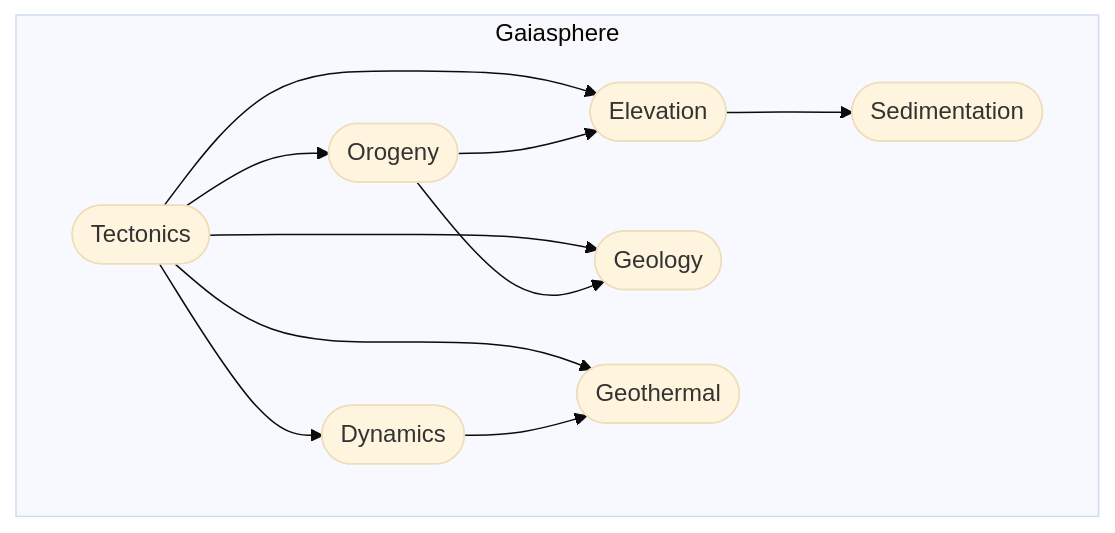
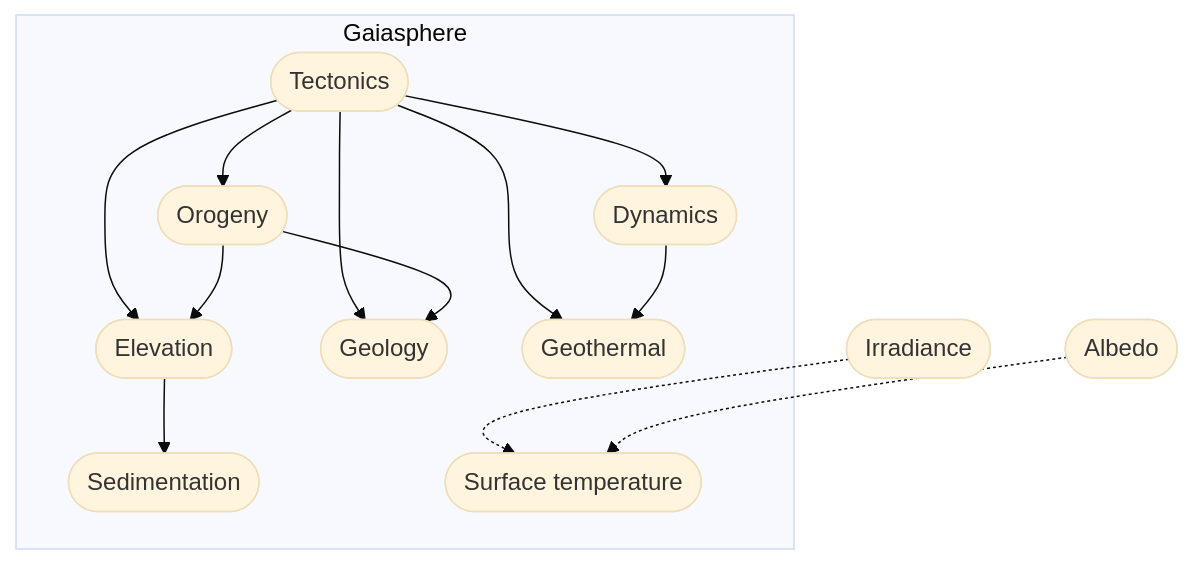
Before and after one commit to lagardej/mimameithr: the third of 8 diagrams in docs/concerns.adoc, drawn with Mermaid (base theme). The commit also changed other lines of this file, not shown here.

```diff
--- a/docs/concerns.adoc
+++ b/docs/concerns.adoc
@@ -190,23 +179,29 @@
 [mermaid]
 ....
 flowchart TB
     subgraph Gaiasphere
         Tectonics([Tectonics])
         Orogeny([Orogeny])
         Elevation([Elevation])
         Dynamics([Dynamics])
         Sedimentation([Sedimentation])
         Geology([Geology])
         Geothermal([Geothermal])
+        SurfaceTemperature([Surface temperature])
     end
+
+    Irradiance([Irradiance])
+    Albedo([Albedo])
 
     Tectonics --> Orogeny
     Tectonics --> Elevation
     Tectonics --> Dynamics
     Tectonics --> Geology
     Tectonics --> Geothermal
     Orogeny --> Elevation
     Orogeny --> Geology
     Dynamics --> Geothermal
     Elevation --> Sedimentation
+    Irradiance -.-> SurfaceTemperature
+    Albedo -.-> SurfaceTemperature
 ....
```
